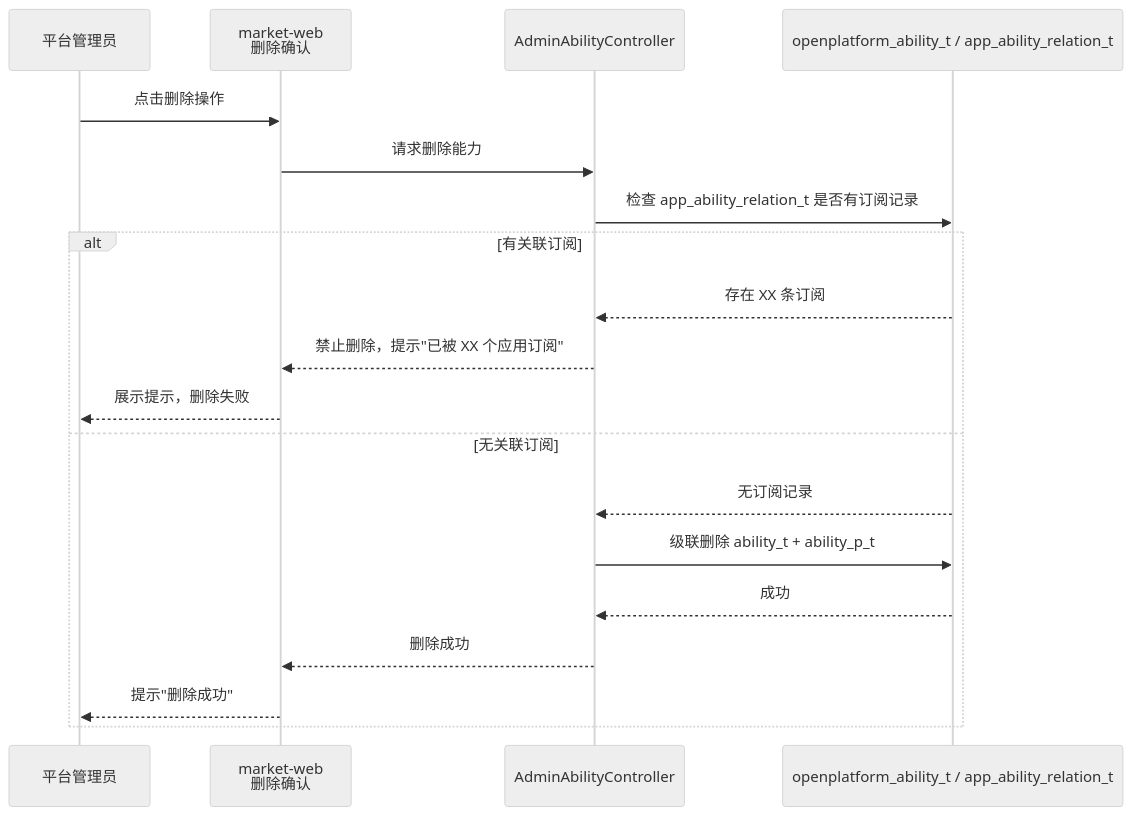
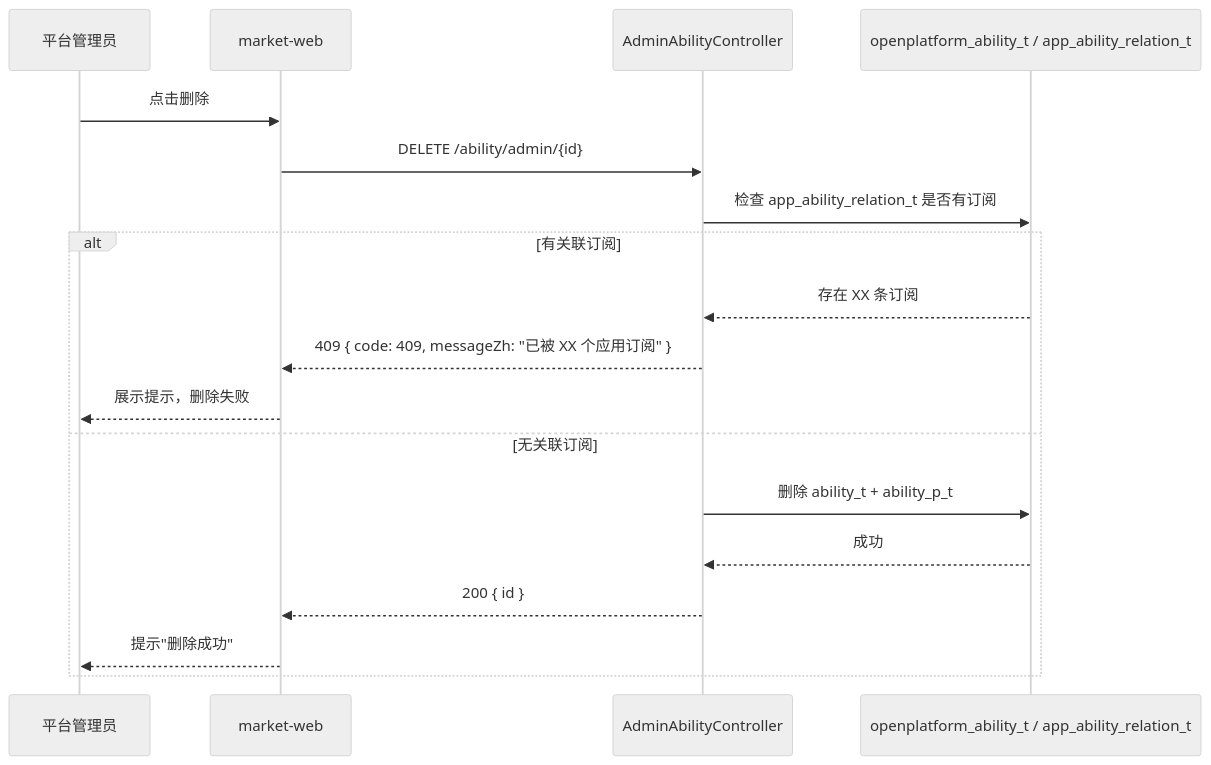
Before and after one commit to THZSummer/open-app: the fifth of 5 diagrams in .sddu/specs-tree-root/specs-tree-ability-embedding/specs-tree-embedding-platform/plan.md, drawn with Mermaid (neutral theme). The commit also changed other lines of this file, not shown here.

````diff
--- a/.sddu/specs-tree-root/specs-tree-ability-embedding/specs-tree-embedding-platform/plan.md
+++ b/.sddu/specs-tree-root/specs-tree-ability-embedding/specs-tree-embedding-platform/plan.md
@@ -223,22 +360,21 @@
 ```mermaid
 sequenceDiagram
     participant Admin as 平台管理员
-    participant Web as market-web<br/>删除确认
+    participant Web as market-web
     participant AdminCtrl as AdminAbilityController
     participant DB as openplatform_ability_t / app_ability_relation_t
 
-    Admin->>Web: 点击删除操作
-    Web->>AdminCtrl: 请求删除能力
-    AdminCtrl->>DB: 检查 app_ability_relation_t 是否有订阅记录
+    Admin->>Web: 点击删除
+    Web->>AdminCtrl: DELETE /ability/admin/{id}
+    AdminCtrl->>DB: 检查 app_ability_relation_t 是否有订阅
     alt 有关联订阅
         DB-->>AdminCtrl: 存在 XX 条订阅
-        AdminCtrl-->>Web: 禁止删除，提示"已被 XX 个应用订阅"
+        AdminCtrl-->>Web: 409 { code: 409, messageZh: "已被 XX 个应用订阅" }
         Web-->>Admin: 展示提示，删除失败
     else 无关联订阅
-        DB-->>AdminCtrl: 无订阅记录
-        AdminCtrl->>DB: 级联删除 ability_t + ability_p_t
+        AdminCtrl->>DB: 删除 ability_t + ability_p_t
         DB-->>AdminCtrl: 成功
-        AdminCtrl-->>Web: 删除成功
+        AdminCtrl-->>Web: 200 { id }
         Web-->>Admin: 提示"删除成功"
     end
 ```
````
